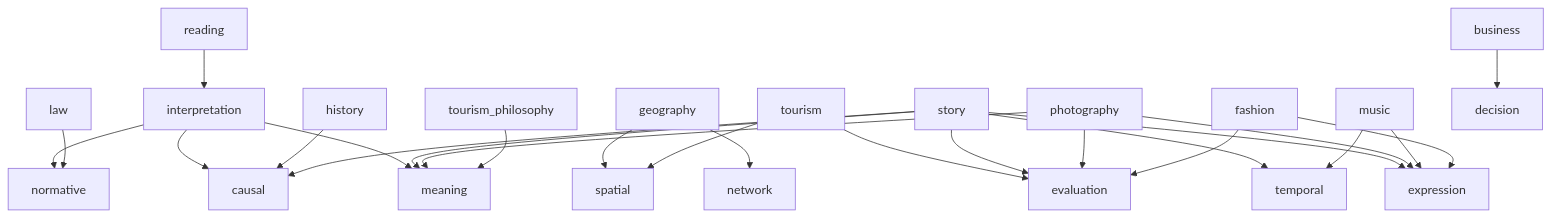
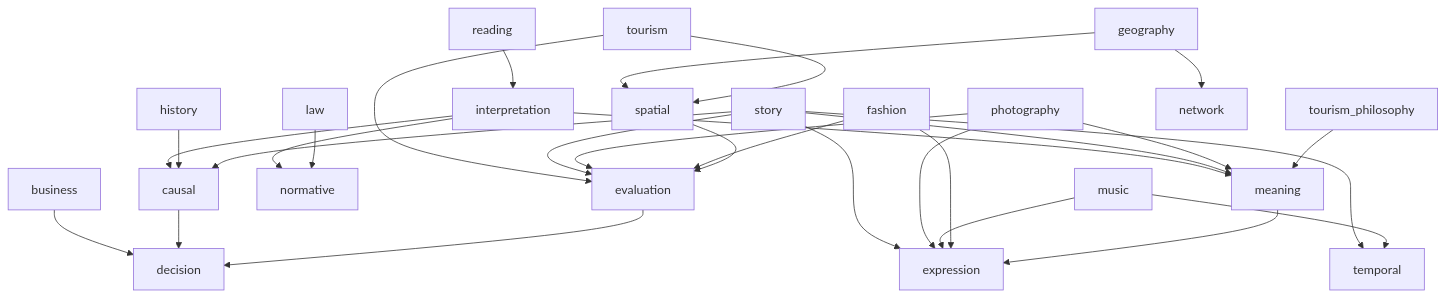
Before and after one commit to aokicreativeoffice/AokiCreativeOfficeGTD: the second of 2 diagrams in 02_zettelkasten/21_domain/00 Domain Routing.md, drawn with Mermaid.

Commit message:
vault backup: 2026-03-21 15:59:45

````diff
--- a/02_zettelkasten/21_domain/00 Domain Routing.md
+++ b/02_zettelkasten/21_domain/00 Domain Routing.md
@@ -90,4 +90,13 @@
 F --> EL  
   
 TP --> MN
+
+%% =========================  
+%% InterEngine  
+%% =========================  
+
+CS --> DS  
+EL --> DS  
+MN --> EX  
+SP --> EL
 ```
````
